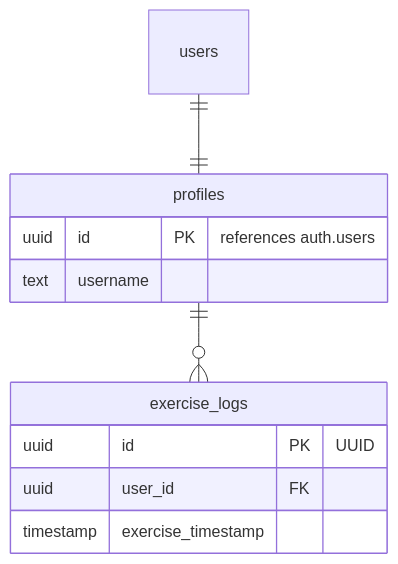
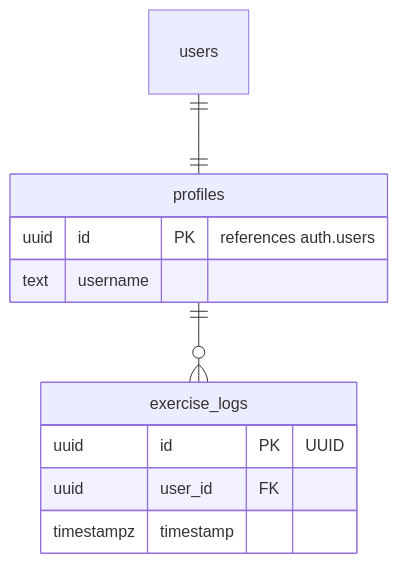
The diagram in er.md (progate-hackathon-usagi/progate-usagi), drawn with Mermaid before and after one commit.

````diff
--- a/er.md
+++ b/er.md
@@ -1,17 +1,17 @@
 ```mermaid
 erDiagram
   users ||--|| profiles : ""
   profiles ||--o{ exercise_logs : ""
   
   %% https://supabase.com/docs/guides/auth/managing-user-data
   profiles {
     uuid id PK "references auth.users"
     text username
   }
 
   exercise_logs {
     uuid id PK "UUID"
     uuid user_id FK
-    timestamp exercise_timestamp
+    timestampz timestamp
   }
 ```
````
